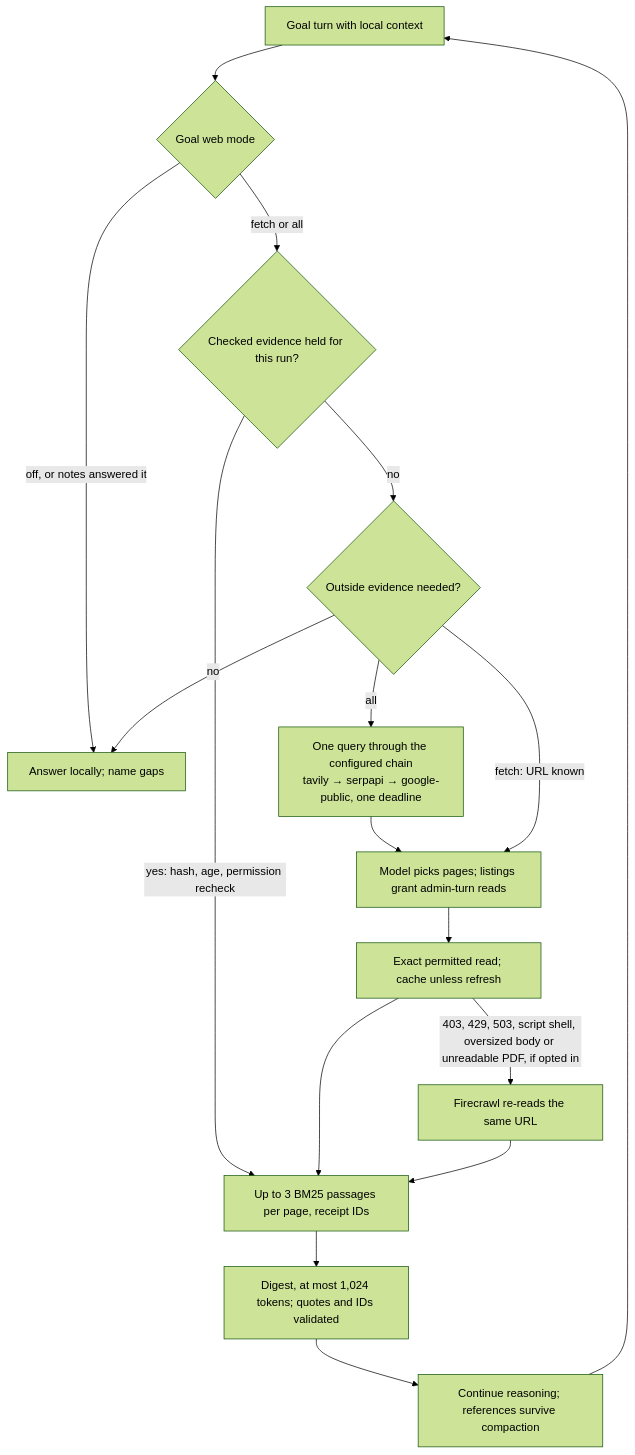
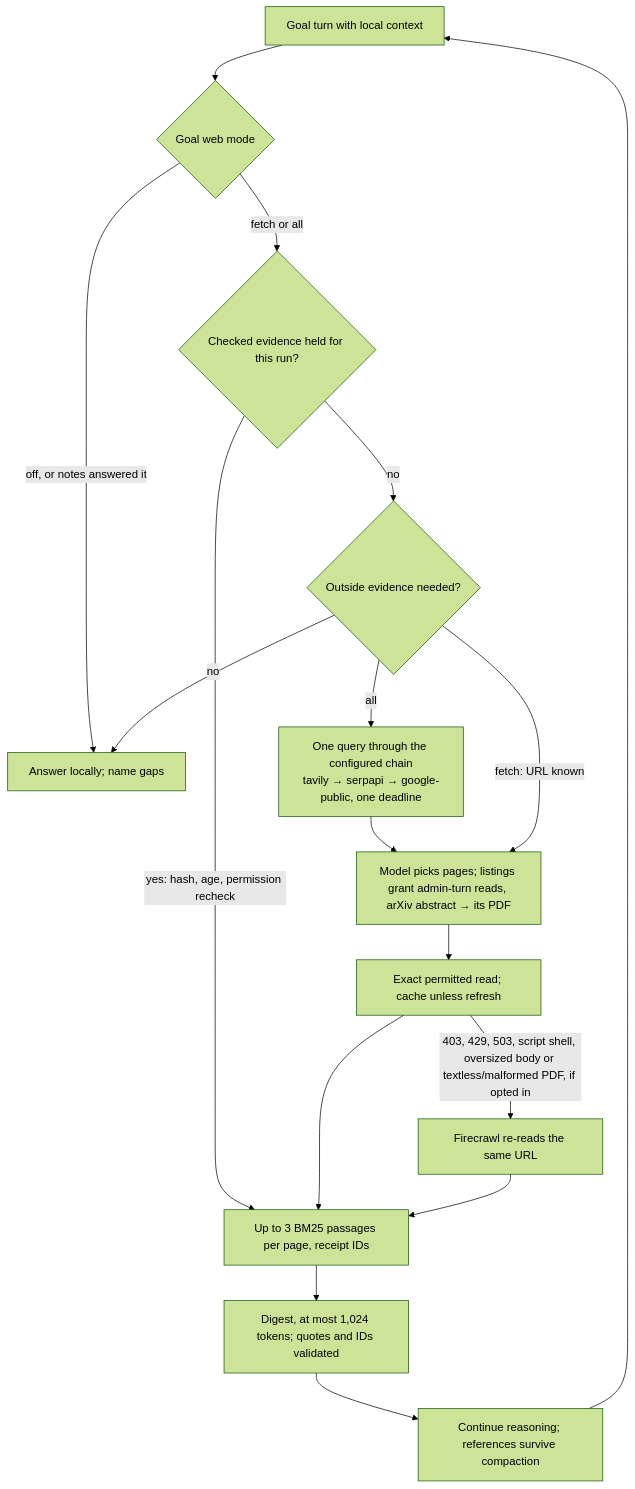
The diagram in README.md (cgfixit/CG-agent-harness), drawn with Mermaid (forest theme) before and after one commit. The commit also changed other lines of this file and 12 other files, not shown here.

````diff
--- a/README.md
+++ b/README.md
@@ -33,19 +33,19 @@
 ```mermaid
 flowchart TD
     A[Goal turn with local context] --> B{Goal web mode}
     B -->|off, or notes answered it| C[Answer locally; name gaps]
     B -->|fetch or all| D{Checked evidence held for this run?}
     D -->|yes: hash, age, permission recheck| H
     D -->|no| E{Outside evidence needed?}
     E -->|no| C
     E -->|all| F[One query through the configured chain<br/>tavily → serpapi → google-public, one deadline]
-    F --> G[Model picks pages; listings grant admin-turn reads]
+    F --> G[Model picks pages; listings grant admin-turn reads, arXiv abstract → its PDF]
     E -->|fetch: URL known| G
     G --> I[Exact permitted read; cache unless refresh]
-    I -->|403, 429, 503, script shell, oversized body or unreadable PDF, if opted in| J[Firecrawl re-reads the same URL]
+    I -->|403, 429, 503, script shell, oversized body or textless/malformed PDF, if opted in| J[Firecrawl re-reads the same URL]
     I --> H[Up to 3 BM25 passages per page, receipt IDs]
     J --> H
     H --> K[Digest, at most 1,024 tokens; quotes and IDs validated]
     K --> L[Continue reasoning; references survive compaction]
     L --> A
 ```
````
